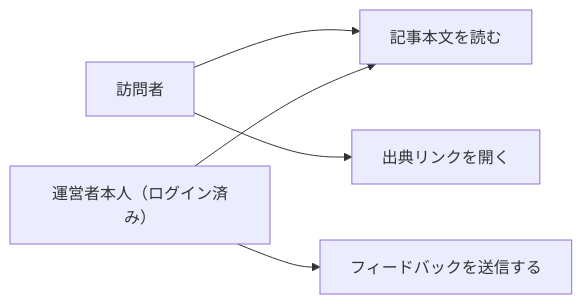
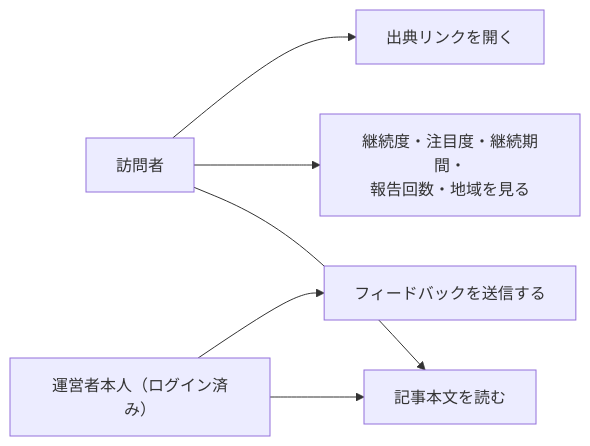
The diagram in specs/trend-digest/article-detail/requirements.md (zakiyama0108/benriyatool), drawn with Mermaid before and after one commit. The commit also changed other lines of this file and 21 other files, not shown here.

````diff
--- a/specs/trend-digest/article-detail/requirements.md
+++ b/specs/trend-digest/article-detail/requirements.md
@@ -17,13 +23,15 @@
 ```mermaid
 flowchart LR
     visitor["訪問者"]
     admin["運営者本人（ログイン済み）"]
     readArticle["記事本文を読む"]
+    readStatus["継続度・注目度・継続期間・<br>報告回数・地域を見る"]
     openSource["出典リンクを開く"]
     sendFeedback["フィードバックを送信する"]
 
     visitor --> readArticle
+    visitor --> readStatus
     visitor --> openSource
     admin --> readArticle
     admin --> sendFeedback
 ```
````
